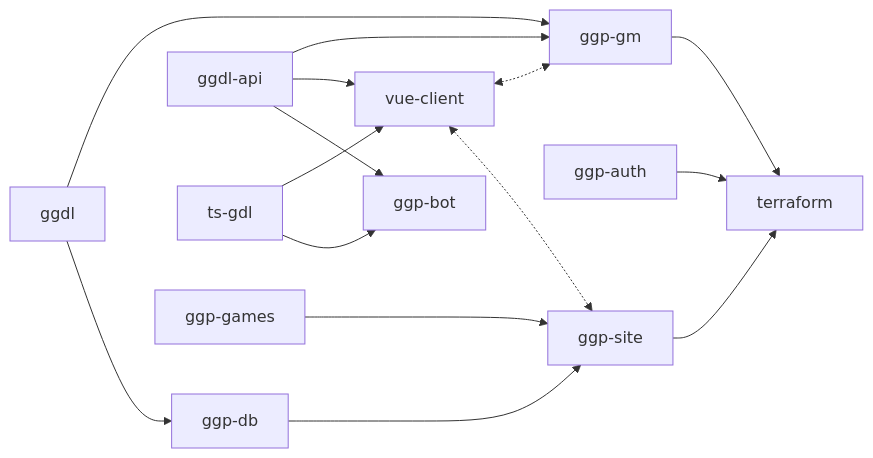
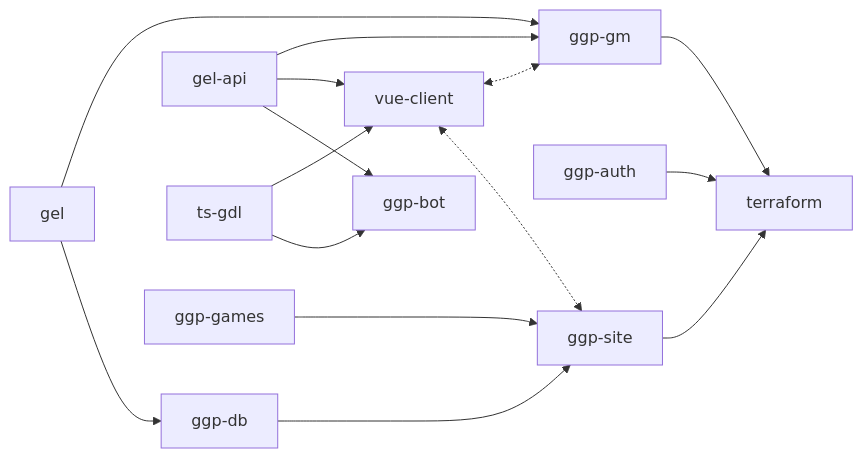
One commit to SymbolNotFound/.github changed the diagram in profile/README.md. Above: the diagram before and after it, drawn with Mermaid. The commit also changed other lines of this file, not shown here.

Commit message:
Update README.md (ggdl -> gel)

````diff
--- a/profile/README.md
+++ b/profile/README.md
@@ -63,14 +63,14 @@
 ```mermaid
 graph LR;
-    ggdl-->ggp-db;
-    ggdl-->ggp-gm;
+    gel-->ggp-db;
+    gel-->ggp-gm;
     ggp-auth-->terraform;
     ggp-db--->ggp-site;
-    ggdl-api & ts-gdl --> ggp-bot & vue-client;
+    gel-api & ts-gdl --> ggp-bot & vue-client;
     vue-client <-.-> ggp-site;
     vue-client <-.-> ggp-gm;
-    ggdl-api-->ggp-gm;
+    gel-api-->ggp-gm;
     ggp-games--->ggp-site;
     ggp-site-->terraform;
     ggp-gm-->terraform;
 ```
````
